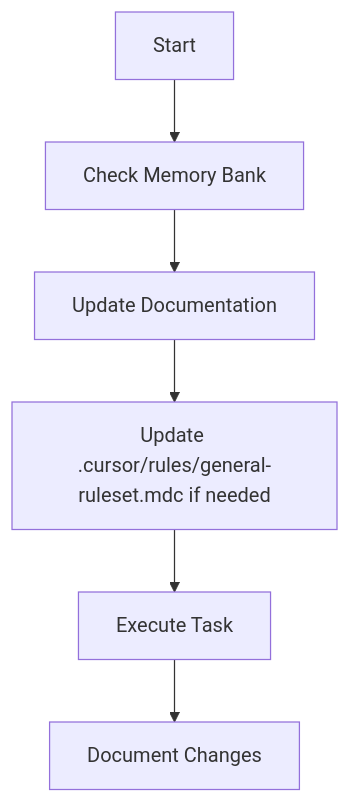
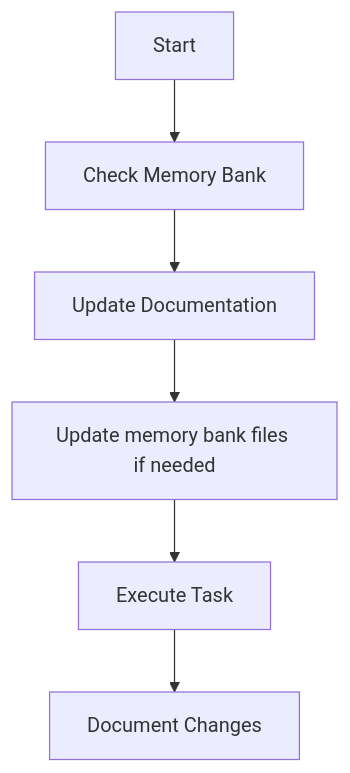
One commit to yardobr/cursor-memory-bank changed the third of 5 diagrams in memorybank-rule.md. Above: the diagram before and after it, drawn with Mermaid. The commit also changed other lines of this file, not shown here.

Commit message:
Update memory bank rule

````diff
--- a/memorybank-rule.md
+++ b/memorybank-rule.md
@@ -84,8 +84,8 @@
 ```mermaid
 flowchart TD
     Start[Start] --> Context[Check Memory Bank]
     Context --> Update[Update Documentation]
-    Update --> Rules[Update .cursor/rules/general-ruleset.mdc if needed]
+    Update --> Rules[Update memory bank files if needed]
     Rules --> Execute[Execute Task]
     Execute --> Document[Document Changes]
 ```
````
